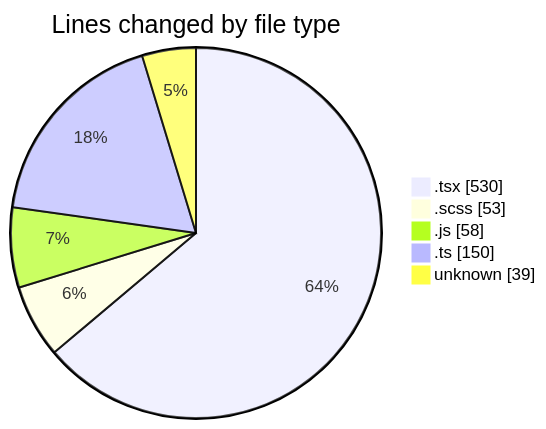
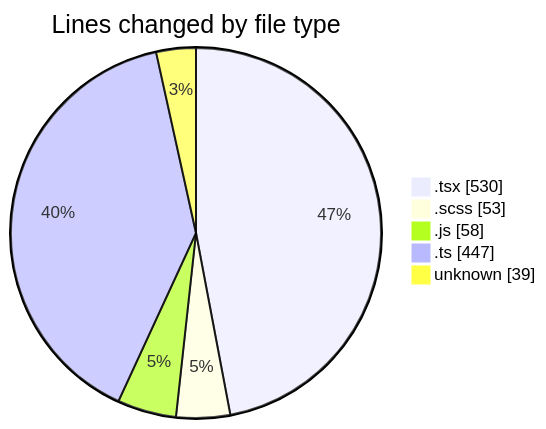
One commit to momahboobian/code-tracking changed the first of 2 diagrams in 2025-05-02/cda/README.md. Above: the diagram before and after it, drawn with Mermaid. The commit also changed other lines of this file and 1 other file, not shown here.

````diff
--- a/2025-05-02/cda/README.md
+++ b/2025-05-02/cda/README.md
@@ -26,9 +26,9 @@
 ```mermaid
 pie showData
 title Lines changed by file type
 ".tsx" : 530
 ".scss" : 53
 ".js" : 58
-".ts" : 150
+".ts" : 447
 "unknown" : 39
 ```
````
